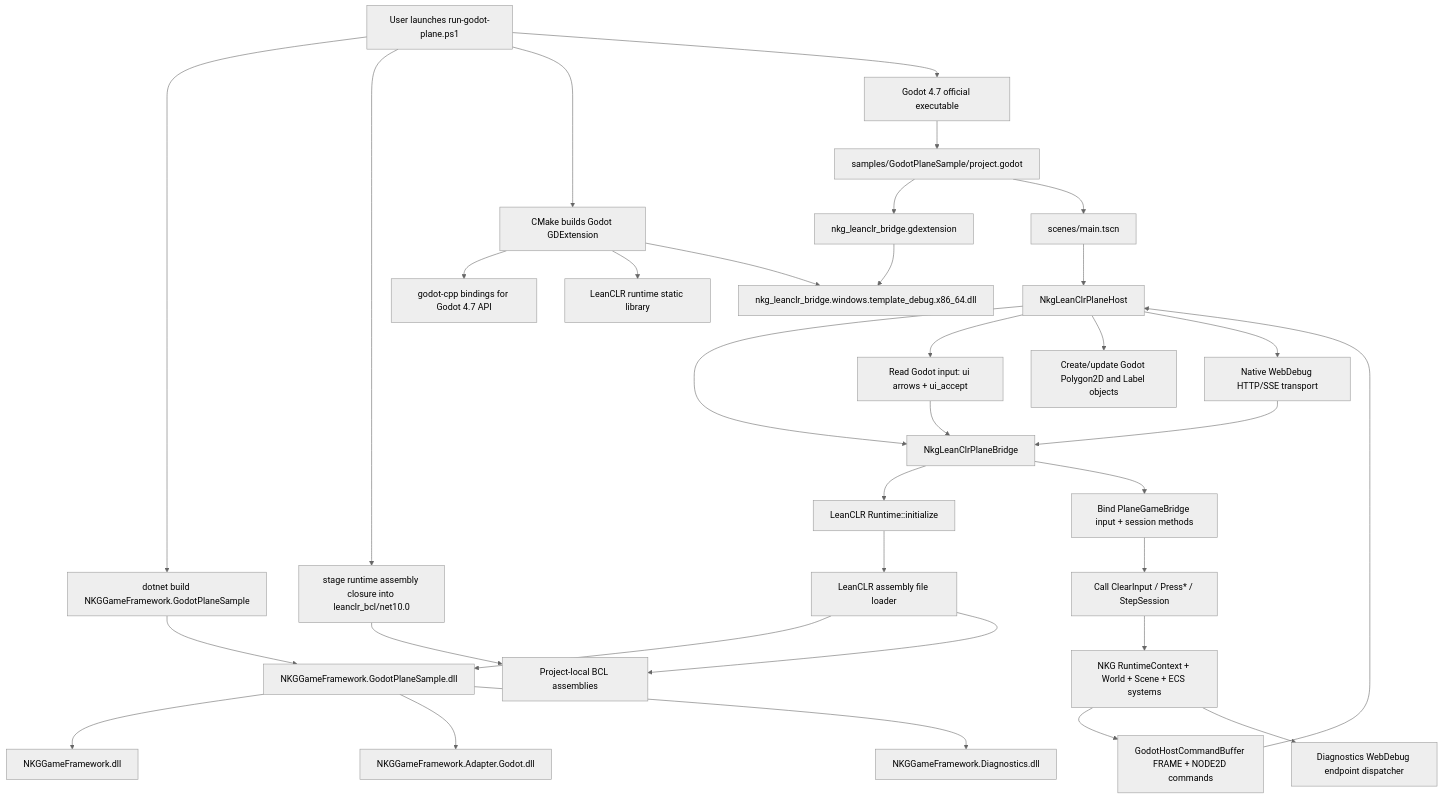
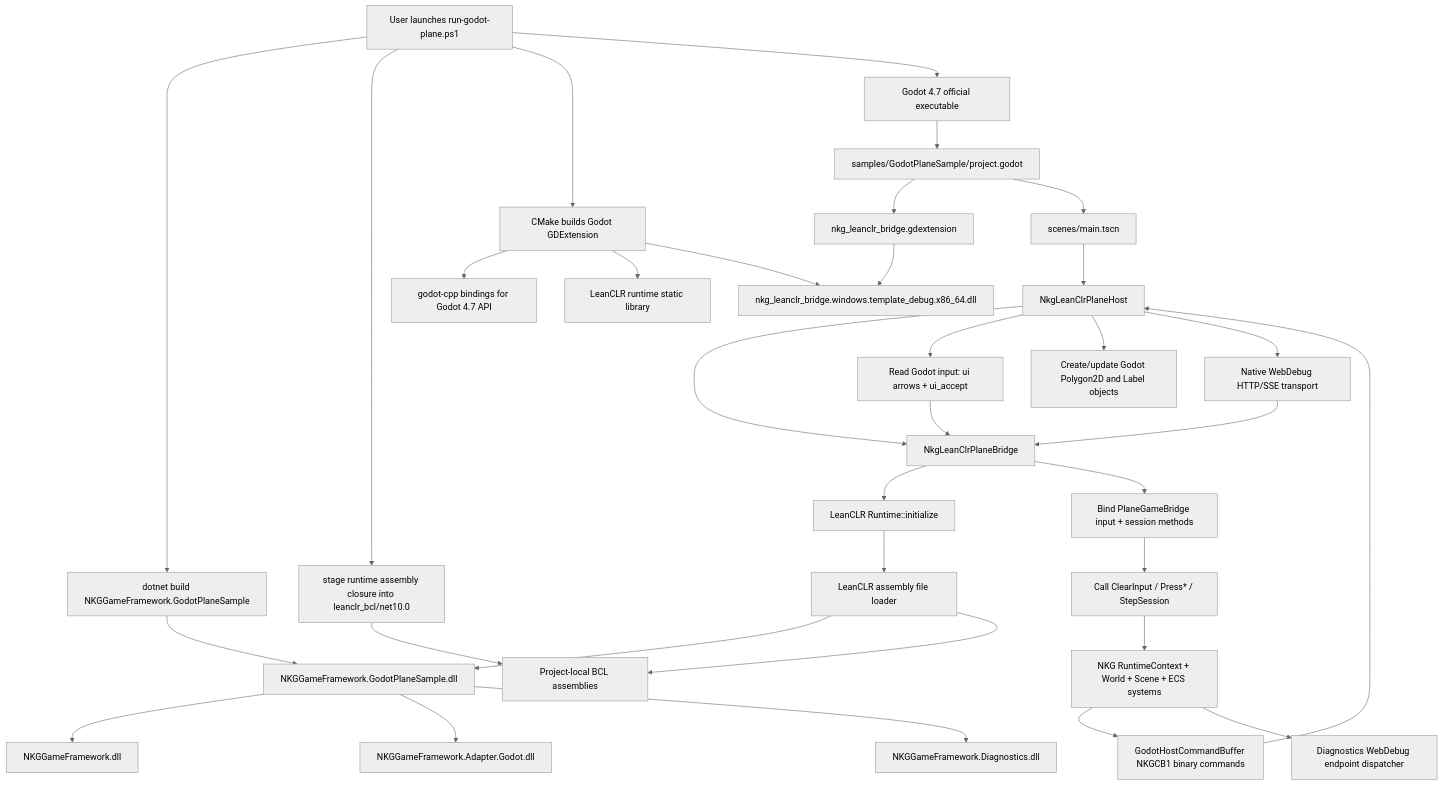
Before and after one commit to wqaetly/NKGGameFramework: the first of 3 diagrams in docs/godot-leanclr-runtime-structure.md, drawn with Mermaid (neutral theme). The commit also changed other lines of this file and 10 other files, not shown here.

First line of the commit message:
改造 Godot host 命令为二进制缓冲

````diff
--- a/docs/godot-leanclr-runtime-structure.md
+++ b/docs/godot-leanclr-runtime-structure.md
@@ -56,39 +56,39 @@
 ```mermaid
 flowchart TD
     User["User launches run-godot-plane.ps1"] --> BuildManaged["dotnet build NKGGameFramework.GodotPlaneSample"]
     User --> StageBcl["stage runtime assembly closure into leanclr_bcl/net10.0"]
     User --> BuildNative["CMake builds Godot GDExtension"]
     BuildNative --> GodotCpp["godot-cpp bindings for Godot 4.7 API"]
     BuildNative --> LeanClrLib["LeanCLR runtime static library"]
     BuildNative --> BridgeDll["nkg_leanclr_bridge.windows.template_debug.x86_64.dll"]
 
     BuildManaged --> ManagedDll["NKGGameFramework.GodotPlaneSample.dll"]
     ManagedDll --> CoreDll["NKGGameFramework.dll"]
     ManagedDll --> GodotContracts["NKGGameFramework.Adapter.Godot.dll"]
     ManagedDll --> DiagnosticsDll["NKGGameFramework.Diagnostics.dll"]
 
     User --> GodotExe["Godot 4.7 official executable"]
     GodotExe --> Project["samples/GodotPlaneSample/project.godot"]
     Project --> GDExtension["nkg_leanclr_bridge.gdextension"]
     GDExtension --> BridgeDll
 
     Project --> MainScene["scenes/main.tscn"]
     MainScene --> Host["NkgLeanClrPlaneHost"]
     Host --> Bridge["NkgLeanClrPlaneBridge"]
     Bridge --> InitRuntime["LeanCLR Runtime::initialize"]
     InitRuntime --> AssemblyLoader["LeanCLR assembly file loader"]
     AssemblyLoader --> ManagedDll
     StageBcl --> BclAssemblies["Project-local BCL assemblies"]
     AssemblyLoader --> BclAssemblies
     Bridge --> BindMethods["Bind PlaneGameBridge input + session methods"]
     Host --> Input["Read Godot input: ui arrows + ui_accept"]
     Input --> Bridge
     BindMethods --> ManagedStep["Call ClearInput / Press* / StepSession"]
     ManagedStep --> NkgRuntime["NKG RuntimeContext + World + Scene + ECS systems"]
-    NkgRuntime --> Snapshot["GodotHostCommandBuffer FRAME + NODE2D commands"]
+    NkgRuntime --> Snapshot["GodotHostCommandBuffer NKGCB1 binary commands"]
     NkgRuntime --> DebugSnapshot["Diagnostics WebDebug endpoint dispatcher"]
     Snapshot --> Host
     Host --> GodotObjects["Create/update Godot Polygon2D and Label objects"]
     Host --> NativeDebug["Native WebDebug HTTP/SSE transport"]
     NativeDebug --> Bridge
 ```
````
